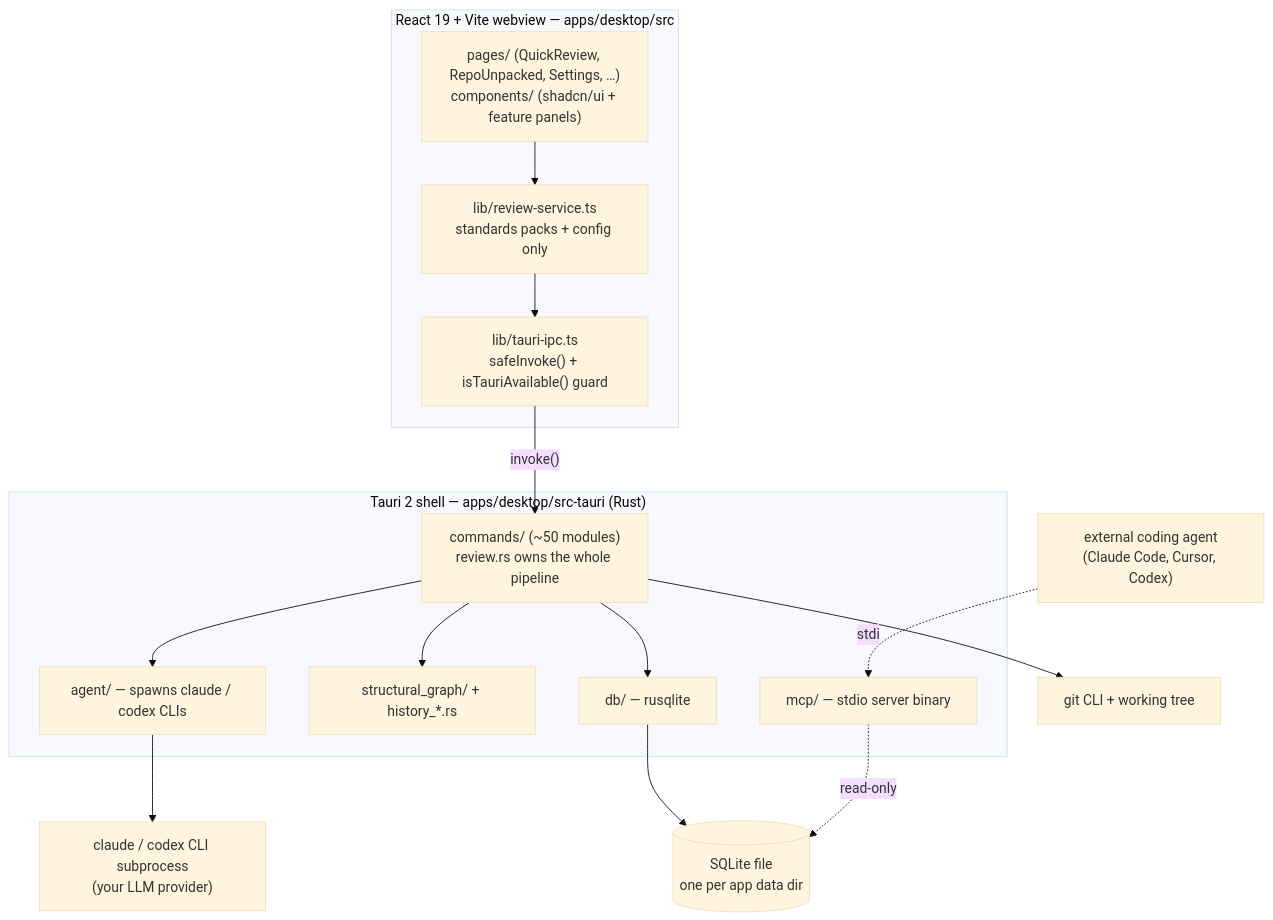
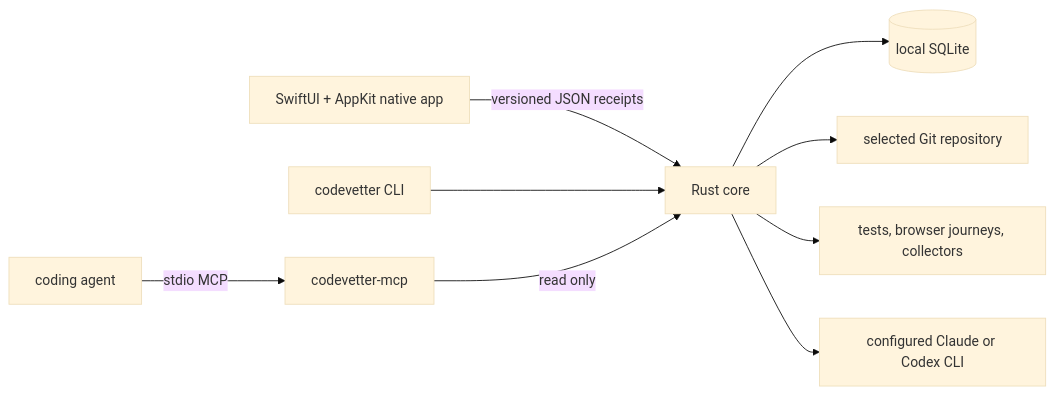
Before and after one commit to Codevetter/codevetter: the diagram in docs/architecture/how-it-works.md, drawn with Mermaid (base theme). The commit also changed other lines of this file and 888 other files, not shown here.

Commit message:
feat: make native macOS the sole desktop app

````diff
--- a/docs/architecture/how-it-works.md
+++ b/docs/architecture/how-it-works.md
@@ -36,28 +26,11 @@
 ```mermaid
-flowchart TB
-  subgraph WV["React 19 + Vite webview — apps/desktop/src"]
-    UI["pages/ (QuickReview, RepoUnpacked, Settings, …)<br/>components/ (shadcn/ui + feature panels)"]
-    SVC["lib/review-service.ts<br/>standards packs + config only"]
-    IPC["lib/tauri-ipc.ts<br/>safeInvoke() + isTauriAvailable() guard"]
-  end
-  subgraph RS["Tauri 2 shell — apps/desktop/src-tauri (Rust)"]
-    CMD["commands/ (~50 modules)<br/>review.rs owns the whole pipeline"]
-    AGENT["agent/ — spawns claude / codex CLIs"]
-    GRAPH["structural_graph/ + history_*.rs"]
-    DB["db/ — rusqlite"]
-    MCP["mcp/ — stdio server binary"]
-  end
-  SQLITE[("SQLite file<br/>one per app data dir")]
-  GIT["git CLI + working tree"]
-  CLI["claude / codex CLI subprocess<br/>(your LLM provider)"]
-  EXTAGENT["external coding agent<br/>(Claude Code, Cursor, Codex)"]
-
-  UI --> SVC --> IPC
-  IPC -->|"invoke()"| CMD
-  CMD --> AGENT --> CLI
-  CMD --> GRAPH
-  CMD --> DB --> SQLITE
-  CMD --> GIT
-  MCP -.read-only.-> SQLITE
-  EXTAGENT -.stdio.-> MCP
+flowchart LR
+  UI["SwiftUI + AppKit native app"] -->|versioned JSON receipts| CORE["Rust core"]
+  CLI["codevetter CLI"] --> CORE
+  AGENT["coding agent"] -->|stdio MCP| MCP["codevetter-mcp"]
+  MCP -->|read only| CORE
+  CORE --> DB[("local SQLite")]
+  CORE --> GIT["selected Git repository"]
+  CORE --> TOOLS["tests, browser journeys, collectors"]
+  CORE --> PROVIDER["configured Claude or Codex CLI"]
 ```
````
